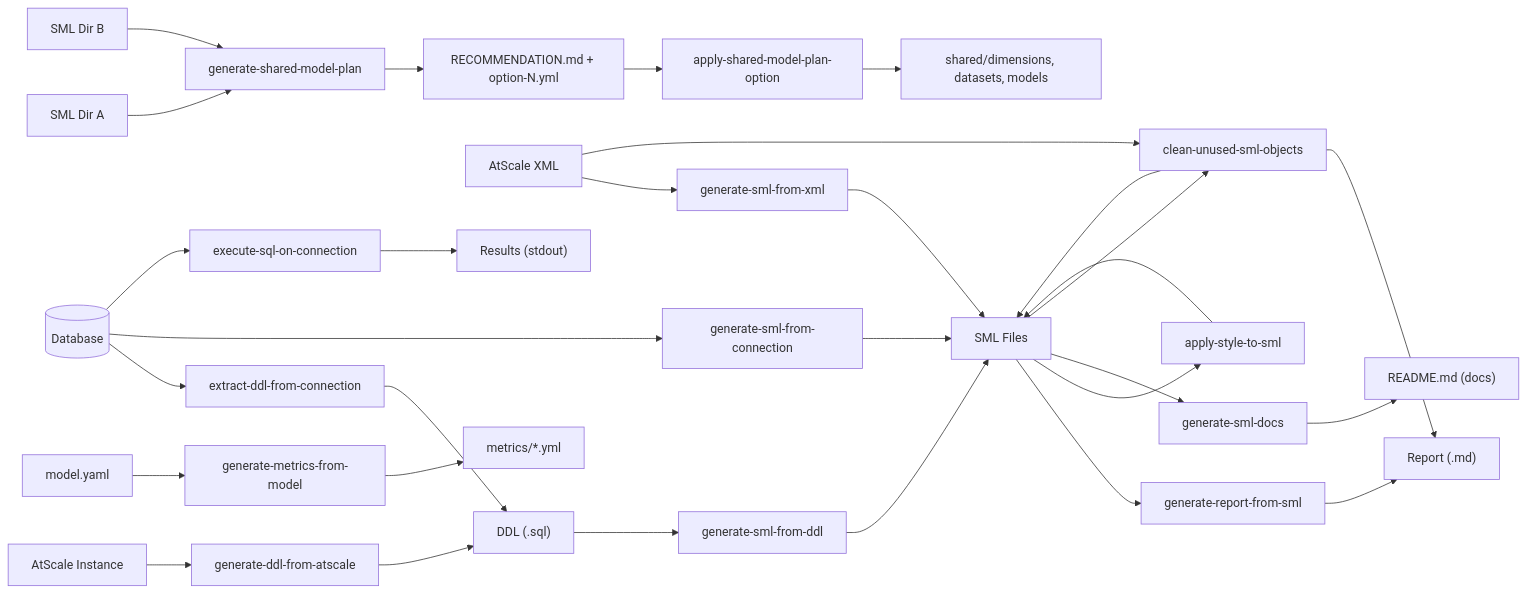
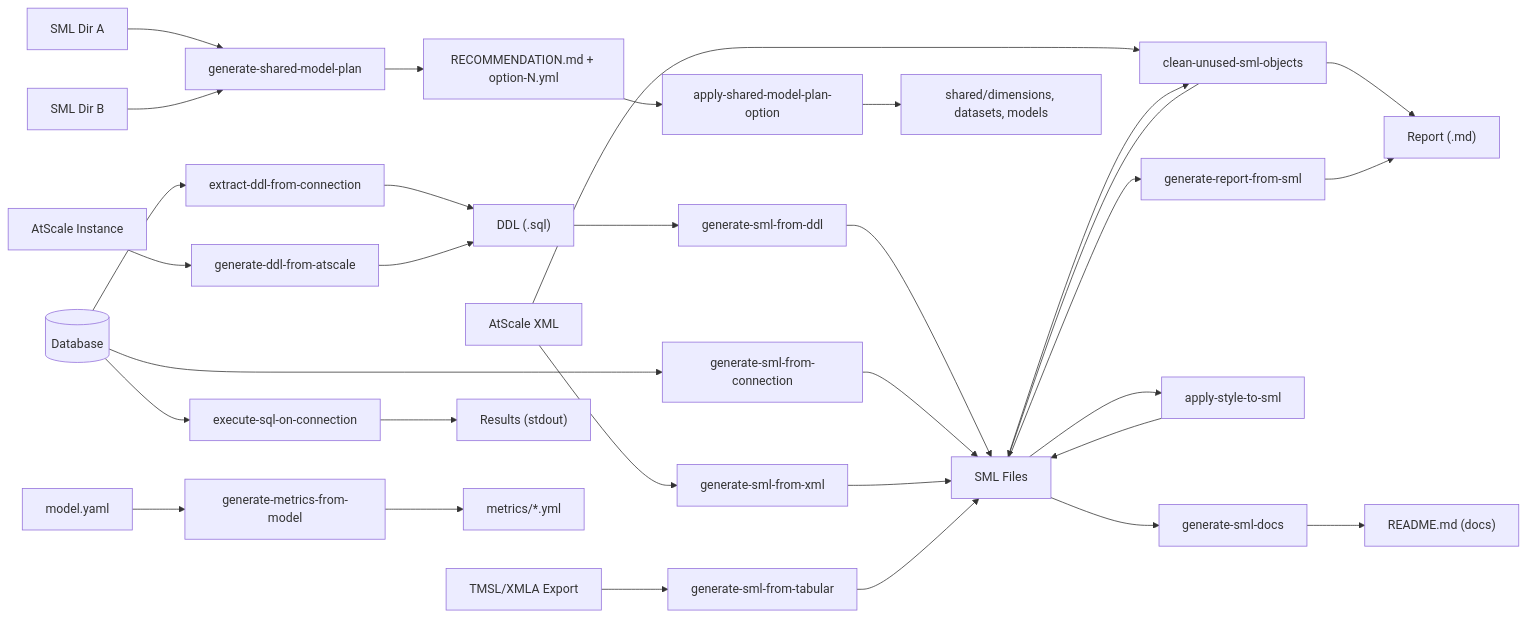
One commit to AtScaleInc/ps-utils changed the second of 8 diagrams in README.md. Above: the diagram before and after it, drawn with Mermaid. The commit also changed other lines of this file and 13 other files, not shown here.

````diff
--- a/README.md
+++ b/README.md
@@ -35,18 +35,19 @@
 ```mermaid
 flowchart LR
     DB[("Database")] --> A["extract-ddl-from-connection"] --> DDL["DDL (.sql)"]
     ATS["AtScale Instance"] --> B["generate-ddl-from-atscale"] --> DDL
     DDL --> C["generate-sml-from-ddl"] --> SML["SML Files"]
     DB --> D["generate-sml-from-connection"] --> SML
     XML["AtScale XML"] --> G["generate-sml-from-xml"] --> SML
+    TMSL["TMSL/XMLA Export"] --> N["generate-sml-from-tabular"] --> SML
     XML --> L["generate-report-from-xml"] --> RPT["Report (.md)"]
     SML --> M["generate-report-from-sml"] --> RPT
     SML2A["SML Dir A"] --> H["generate-shared-model-plan"] --> PLAN["RECOMMENDATION.md + option-N.yml"]
     SML2B["SML Dir B"] --> H
     PLAN --> I["apply-shared-model-plan-option"] --> SHARED["shared/dimensions, datasets, models"]
     DB --> E["execute-sql-on-connection"] --> OUT["Results (stdout)"]
     MODEL["model.yaml"] --> F["generate-metrics-from-model"] --> METRICS["metrics/*.yml"]
     SML --> J["apply-style-to-sml"] --> SML
     SML --> K["generate-sml-docs"] --> DOCS["README.md (docs)"]
     SML --> L["clean-unused-sml-objects"] --> SML
 ```
````
